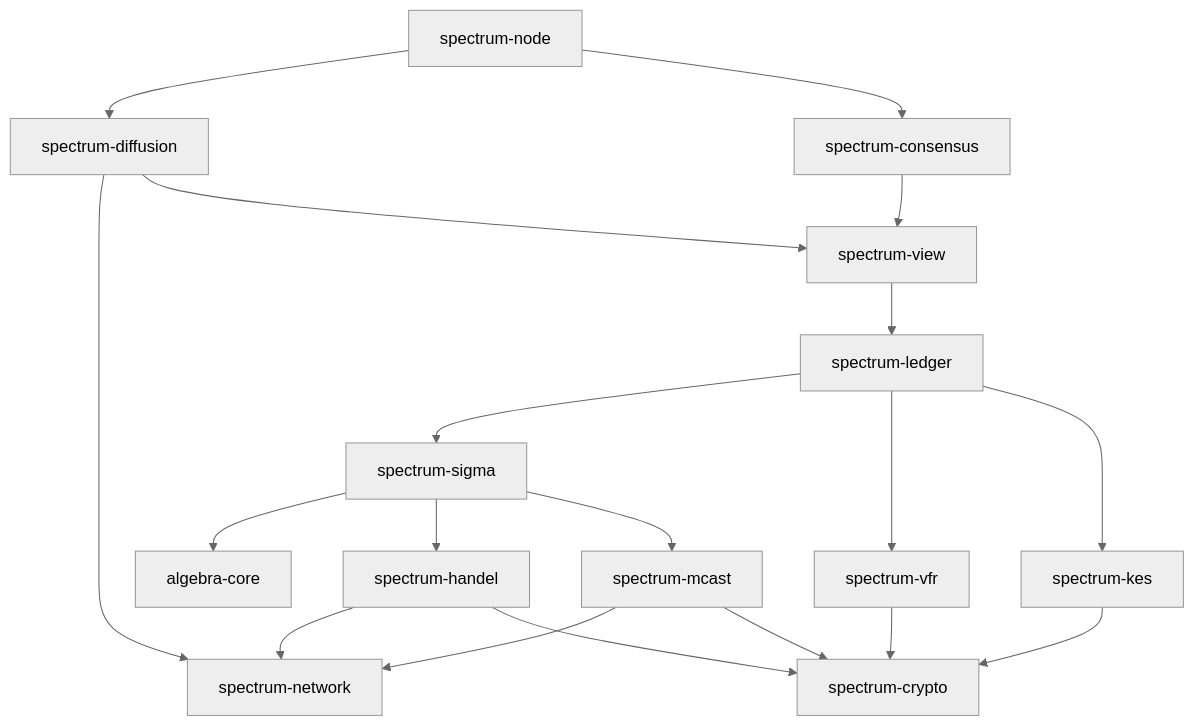
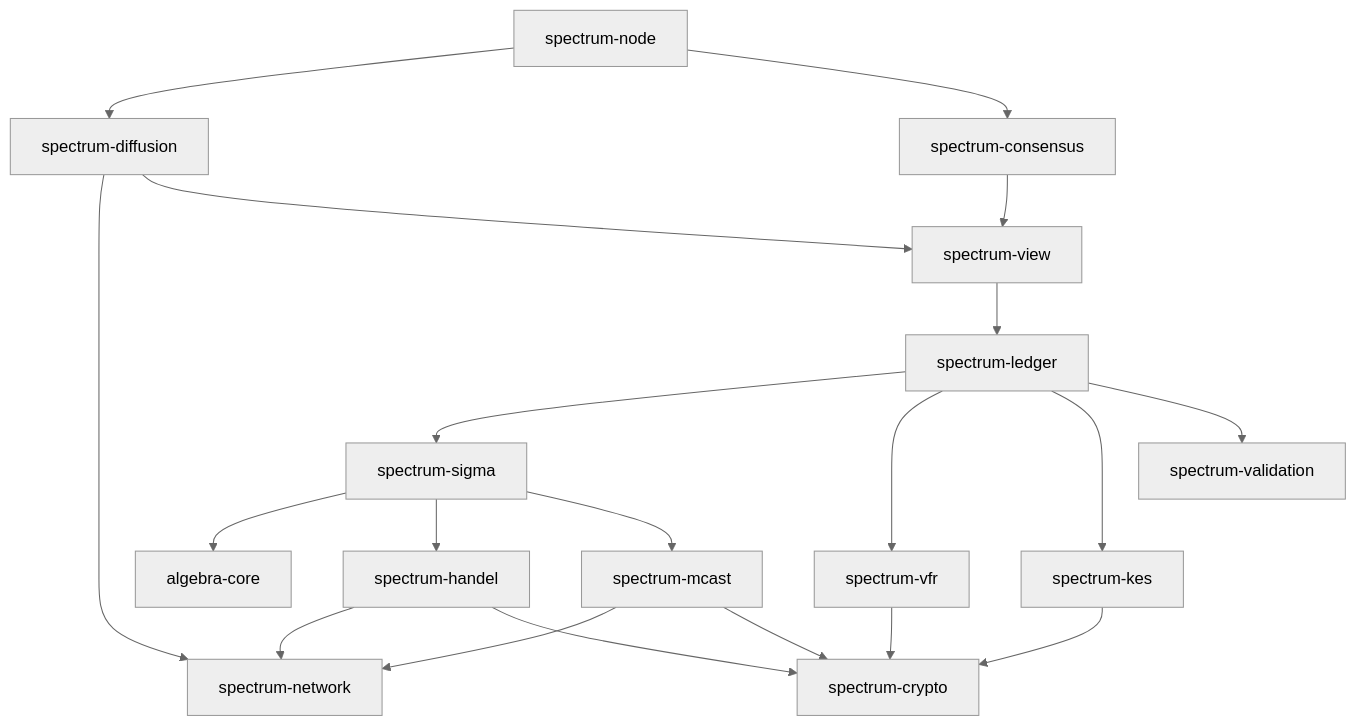
The diagram in docs/ProjectStructure.md (spectrum-finance/spectrum), drawn with Mermaid (neutral theme) before and after one commit. The commit also changed other lines of this file and 14 other files, not shown here.

````diff
--- a/docs/ProjectStructure.md
+++ b/docs/ProjectStructure.md
@@ -21,34 +22,36 @@
 ```mermaid
 flowchart TD
     SN[spectrum-network]
     SM[spectrum-mcast]
     AC[algebra-core]
     SH[spectrum-handel]
     SD[spectrum-diffusion]
     SC[spectrum-crypto]
+    SVL[spectrum-validation]
     SL[spectrum-ledger]
     SV[spectrum-vfr]
     SK[spectrum-kes]
     SS[spectrum-sigma]
     SVI[spectrum-view]
     SI[spectrum-node]
     SCS[spectrum-consensus]
     SL --> SS
     SL --> SV
     SL --> SK
+    SL --> SVL
     SH --> SN
     SM --> SN
     SD --> SN
     SS --> AC
     SS --> SH
     SS --> SM
     SK --> SC
     SV --> SC
     SM --> SC
     SH --> SC
     SVI --> SL
     SI --> SD
     SD --> SVI
     SCS --> SVI
     SI --> SCS
 ```
````
